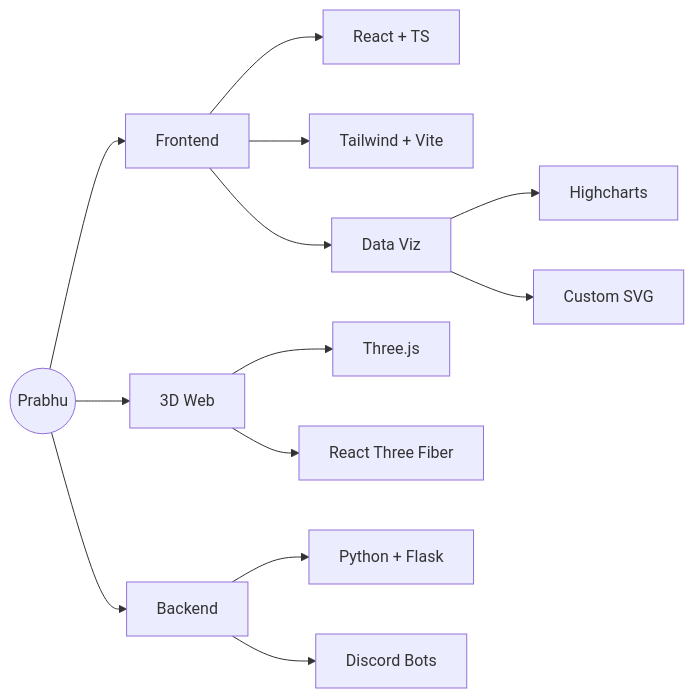
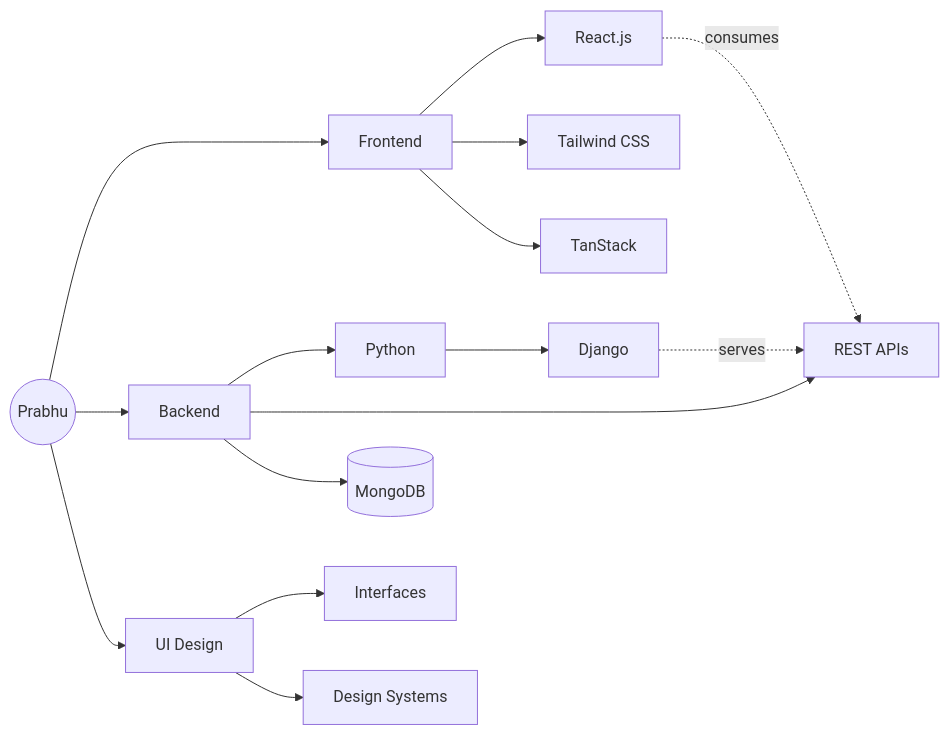
The diagram in README.md (PrabhuM143/PrabhuM143), drawn with Mermaid before and after one commit. The commit also changed other lines of this file, not shown here.

````diff
--- a/README.md
+++ b/README.md
@@ -162,15 +117,17 @@
 ```mermaid
 flowchart LR
     P((Prabhu)) --> F[Frontend]
-    P --> D[3D Web]
     P --> B[Backend]
-    F --> R[React + TS]
-    F --> T[Tailwind + Vite]
-    F --> V[Data Viz]
-    V --> H[Highcharts]
-    V --> S[Custom SVG]
-    D --> TJ[Three.js]
-    D --> RTF[React Three Fiber]
-    B --> PY[Python + Flask]
-    B --> BOT[Discord Bots]
+    P --> U[UI Design]
+    F --> R[React.js]
+    F --> T[Tailwind CSS]
+    F --> TS[TanStack]
+    B --> PY[Python]
+    PY --> DJ[Django]
+    B --> API[REST APIs]
+    B --> DB[(MongoDB)]
+    U --> UI[Interfaces]
+    U --> DS[Design Systems]
+    R -. consumes .-> API
+    DJ -. serves .-> API
 ```
````
